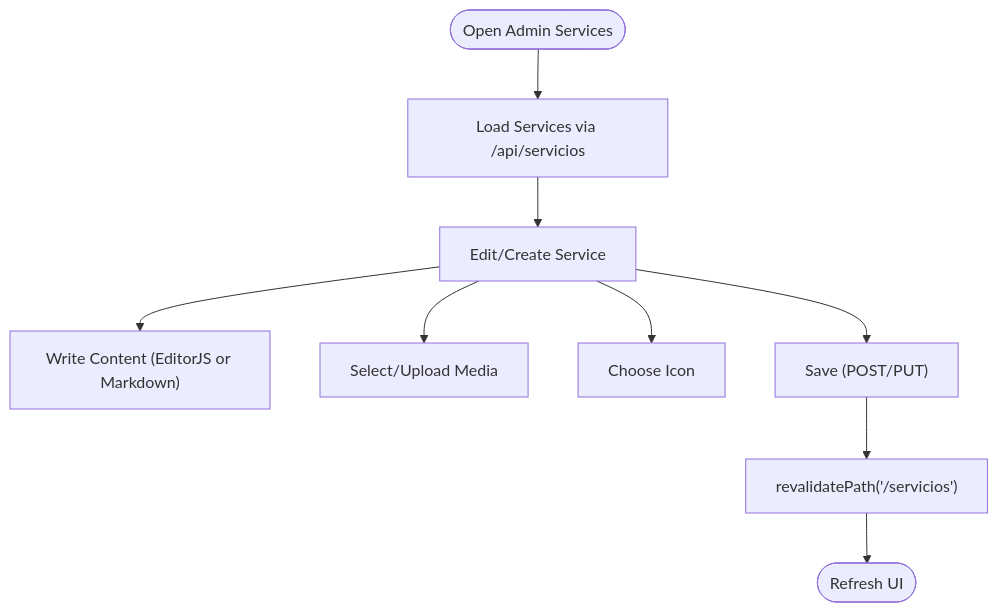
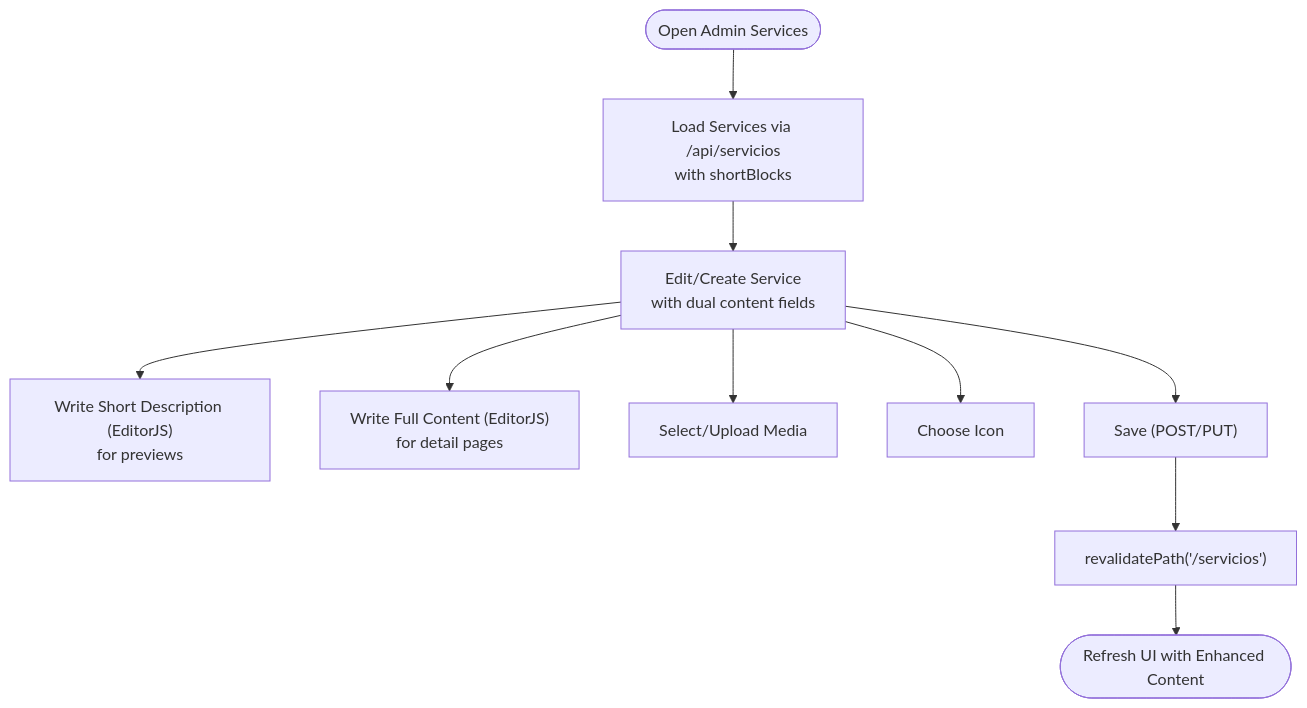
Diagram 12 of 13 in .qoder/repowiki/en/content/Core Features Implementation/Public Website Features/Services Catalog System.md (xLegarda/GreenAxis), drawn with Mermaid before and after one commit. The commit also changed other lines of this file and 42 other files, not shown here.

````diff
--- a/.qoder/repowiki/en/content/Core Features Implementation/Public Website Features/Services Catalog System.md
+++ b/.qoder/repowiki/en/content/Core Features Implementation/Public Website Features/Services Catalog System.md
@@ -467,11 +499,12 @@
 ```mermaid
 flowchart TD
-Start(["Open Admin Services"]) --> Load["Load Services via /api/servicios"]
-Load --> Edit["Edit/Create Service"]
-Edit --> Content["Write Content (EditorJS or Markdown)"]
+Start(["Open Admin Services"]) --> Load["Load Services via /api/servicios<br/>with shortBlocks"]
+Load --> Edit["Edit/Create Service<br/>with dual content fields"]
+Edit --> ShortContent["Write Short Description (EditorJS)<br/>for previews"]
+Edit --> FullContent["Write Full Content (EditorJS)<br/>for detail pages"]
 Edit --> Media["Select/Upload Media"]
 Edit --> Icons["Choose Icon"]
 Edit --> Save["Save (POST/PUT)"]
 Save --> Invalidate["revalidatePath('/servicios')"]
-Invalidate --> Done(["Refresh UI"])
+Invalidate --> Done(["Refresh UI with Enhanced Content"])
 ```
````
